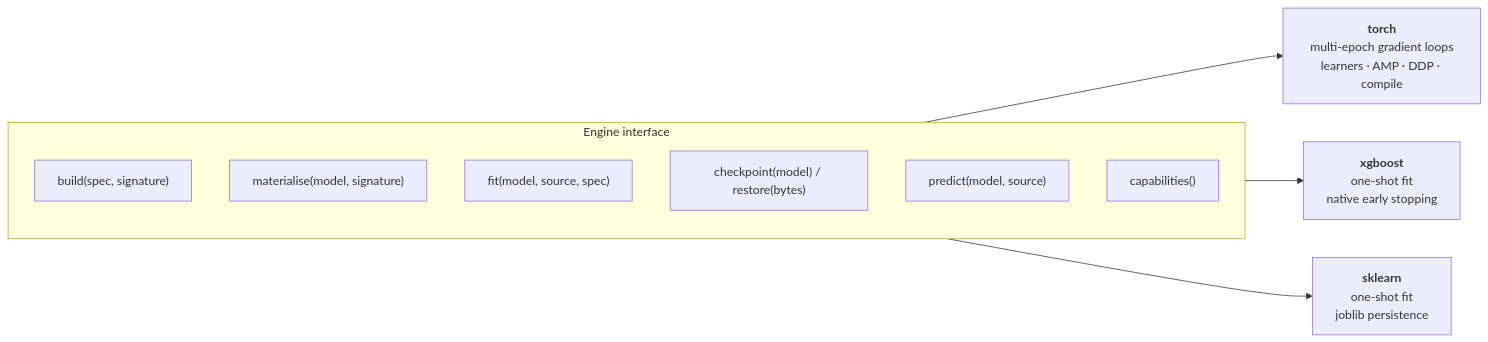
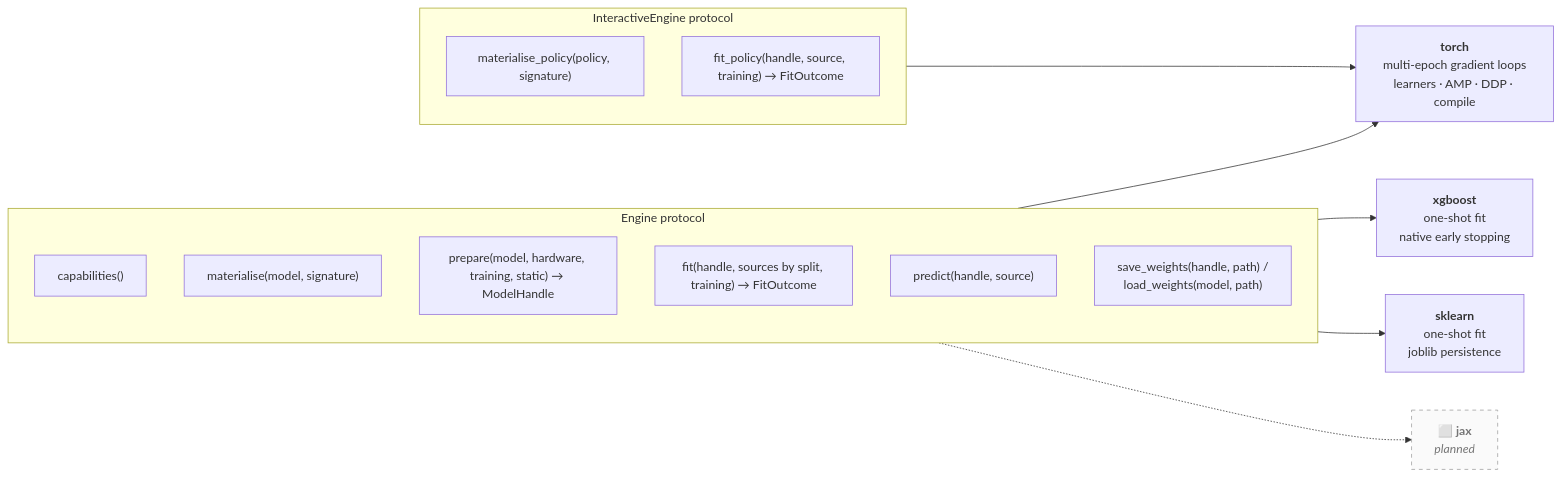
Before and after one commit to JStevens95/QuantStrata: diagram 13 of 18 in src/rade_qnet/docs/ARCHITECTURE.md, drawn with Mermaid. The commit also changed other lines of this file and 2 other files, not shown here.

First line of the commit message:
Bring ARCHITECTURE.md up to date, and mark what is planned

````diff
--- a/src/rade_qnet/docs/ARCHITECTURE.md
+++ b/src/rade_qnet/docs/ARCHITECTURE.md
@@ -579,15 +680,24 @@
 ```mermaid
 flowchart LR
-    subgraph IFACE["Engine interface"]
+    subgraph IFACE["Engine protocol"]
         direction TB
-        Q1["build(spec, signature)"]
+        Q1["capabilities()"]
         Q2["materialise(model, signature)"]
-        Q3["fit(model, source, spec)"]
-        Q4["checkpoint(model) / restore(bytes)"]
-        Q5["predict(model, source)"]
-        Q6["capabilities()"]
+        Q3["prepare(model, hardware, training, static) → ModelHandle"]
+        Q4["fit(handle, sources by split, training) → FitOutcome"]
+        Q5["predict(handle, source)"]
+        Q6["save_weights(handle, path) /<br/>load_weights(model, path)"]
+    end
+    subgraph IIFACE["InteractiveEngine protocol"]
+        direction TB
+        P1["materialise_policy(policy, signature)"]
+        P2["fit_policy(handle, source, training) → FitOutcome"]
     end
     IFACE --> TORCH["<b>torch</b><br/>multi-epoch gradient loops<br/>learners · AMP · DDP · compile"]
+    IIFACE --> TORCH
     IFACE --> XGB["<b>xgboost</b><br/>one-shot fit<br/>native early stopping"]
     IFACE --> SK["<b>sklearn</b><br/>one-shot fit<br/>joblib persistence"]
+    IFACE -.-> JAX["<b>⬜ jax</b><br/><i>planned</i>"]
+    classDef planned fill:#fafafa,stroke:#9e9e9e,stroke-dasharray: 5 5,color:#757575
+    class JAX planned
 ```
````
